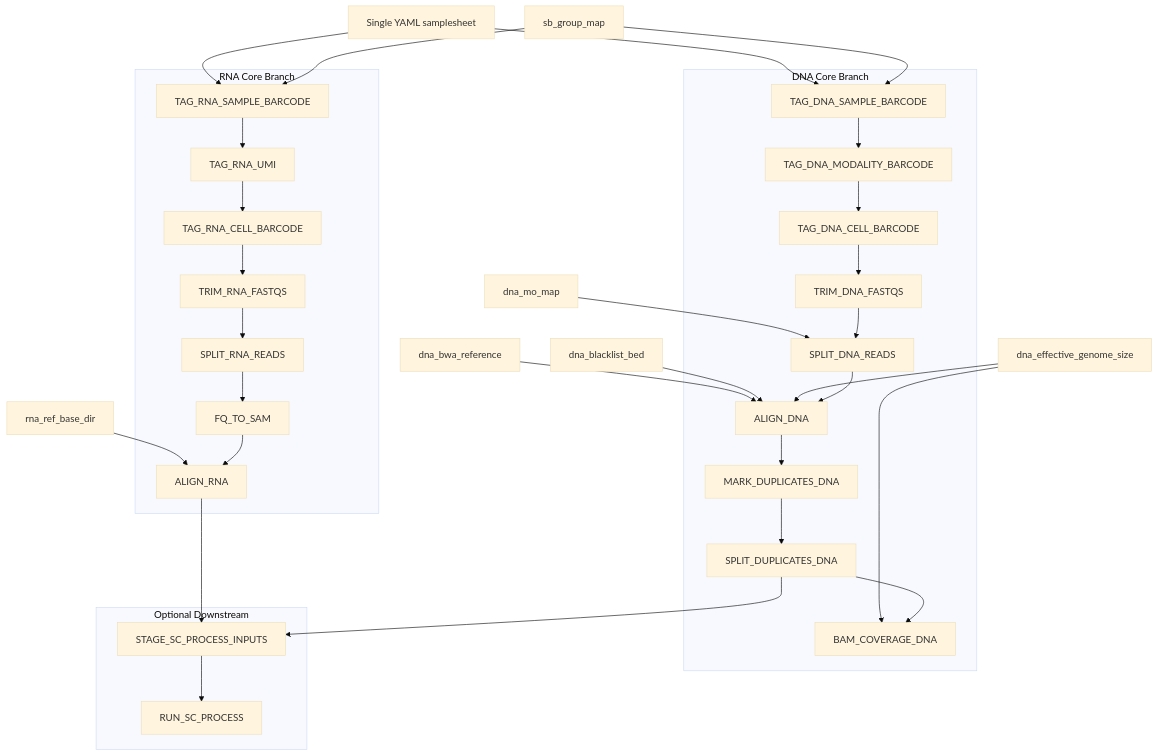
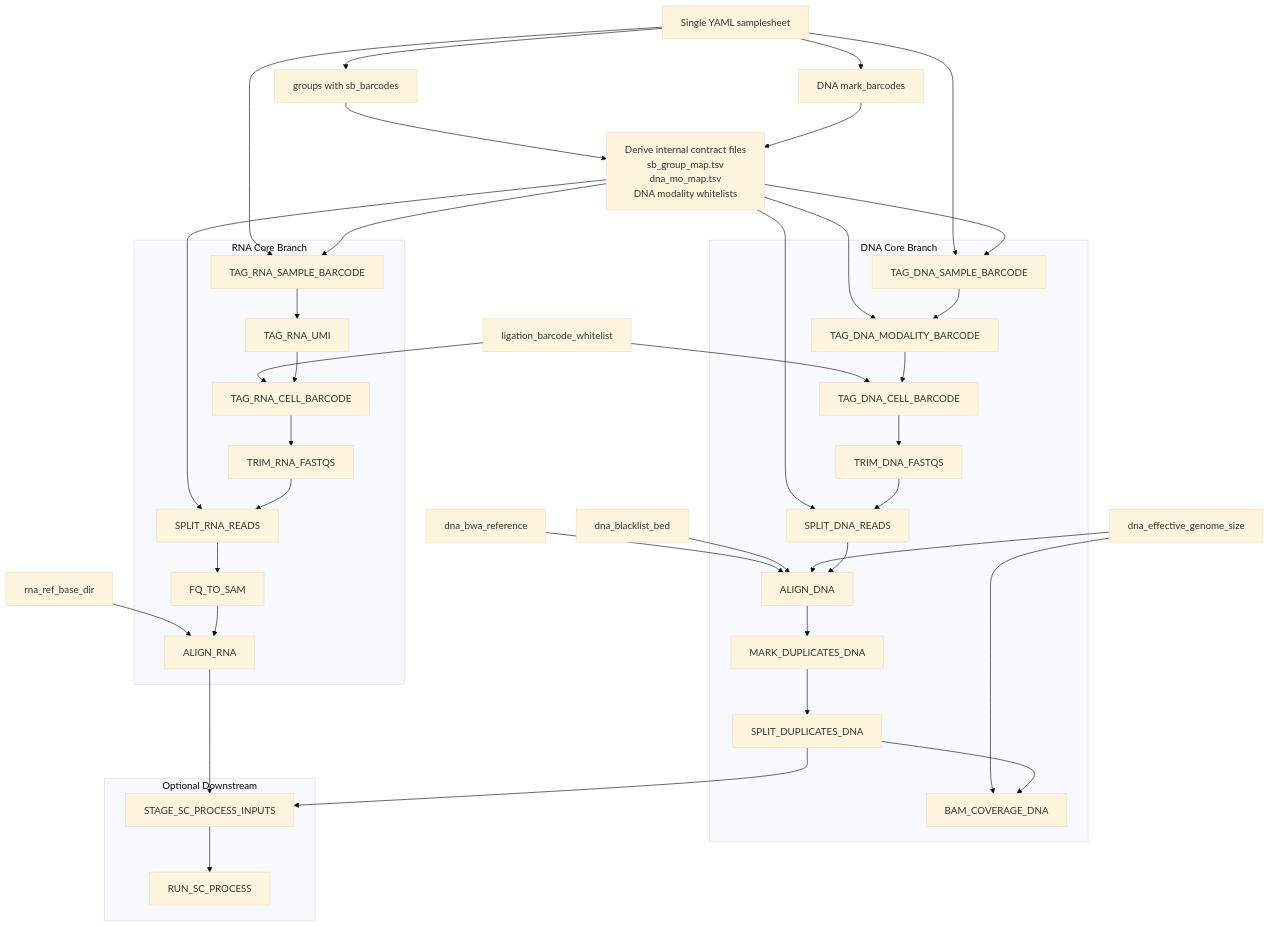
The diagram in docs/architecture/implemented_pipeline.md (CSOgroup/TrESFlow), drawn with Mermaid (base theme) before and after one commit. The commit also changed other lines of this file and 16 other files, not shown here.

````diff
--- a/docs/architecture/implemented_pipeline.md
+++ b/docs/architecture/implemented_pipeline.md
@@ -8,54 +8,64 @@
 ```mermaid
 flowchart TD
     SS[Single YAML samplesheet]
-    SBMAP[sb_group_map]
-    MOMAP[dna_mo_map]
+    GROUPS[groups with sb_barcodes]
+    DNAMARKS[DNA mark_barcodes]
+    DERIVE[Derive internal contract files\nsb_group_map.tsv\ndna_mo_map.tsv\nDNA modality whitelists]
+    LIG[ligation_barcode_whitelist]
     RNAREF[rna_ref_base_dir]
     DNAREF[dna_bwa_reference]
     DNABL[dna_blacklist_bed]
     DNAEFF[dna_effective_genome_size]
 
+    SS --> GROUPS
     SS --> RNA0
     SS --> DNA0
-    SBMAP --> RNA0
-    SBMAP --> DNA0
-    MOMAP --> DNA4
+    SS --> DNAMARKS
+    GROUPS --> DERIVE
+    DNAMARKS --> DERIVE
+    DERIVE --> RNA0
+    DERIVE --> RNA4
+    DERIVE --> DNA0
+    DERIVE --> DNA1
+    DERIVE --> DNA4
+    LIG --> RNA2
+    LIG --> DNA2
     RNAREF --> RNA6
     DNAREF --> DNA5
     DNABL --> DNA5
     DNAEFF --> DNA5
     DNAEFF --> DNA8
 
     subgraph RNA_Core[RNA Core Branch]
         RNA0[TAG_RNA_SAMPLE_BARCODE]
         RNA1[TAG_RNA_UMI]
         RNA2[TAG_RNA_CELL_BARCODE]
         RNA3[TRIM_RNA_FASTQS]
         RNA4[SPLIT_RNA_READS]
         RNA5[FQ_TO_SAM]
         RNA6[ALIGN_RNA]
         RNA0 --> RNA1 --> RNA2 --> RNA3 --> RNA4 --> RNA5 --> RNA6
     end
 
     subgraph DNA_Core[DNA Core Branch]
         DNA0[TAG_DNA_SAMPLE_BARCODE]
         DNA1[TAG_DNA_MODALITY_BARCODE]
         DNA2[TAG_DNA_CELL_BARCODE]
         DNA3[TRIM_DNA_FASTQS]
         DNA4[SPLIT_DNA_READS]
         DNA5[ALIGN_DNA]
         DNA6[MARK_DUPLICATES_DNA]
         DNA7[SPLIT_DUPLICATES_DNA]
         DNA8[BAM_COVERAGE_DNA]
         DNA0 --> DNA1 --> DNA2 --> DNA3 --> DNA4 --> DNA5 --> DNA6 --> DNA7 --> DNA8
     end
 
     RNA6 --> STAGE
     DNA7 --> STAGE
 
     subgraph Optional_Downstream[Optional Downstream]
         STAGE[STAGE_SC_PROCESS_INPUTS]
         RUNSC[RUN_SC_PROCESS]
         STAGE --> RUNSC
     end
 ```
````
